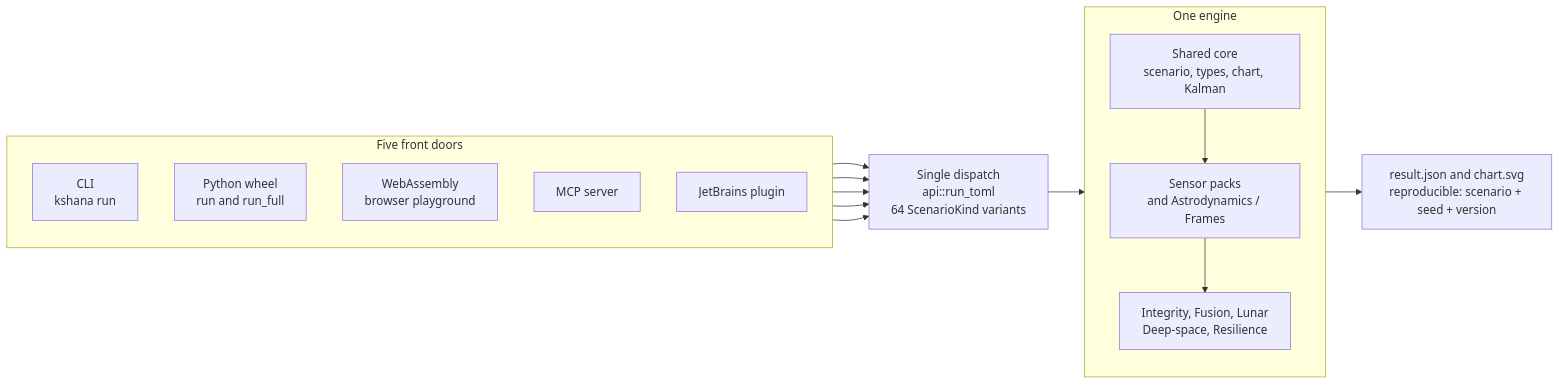
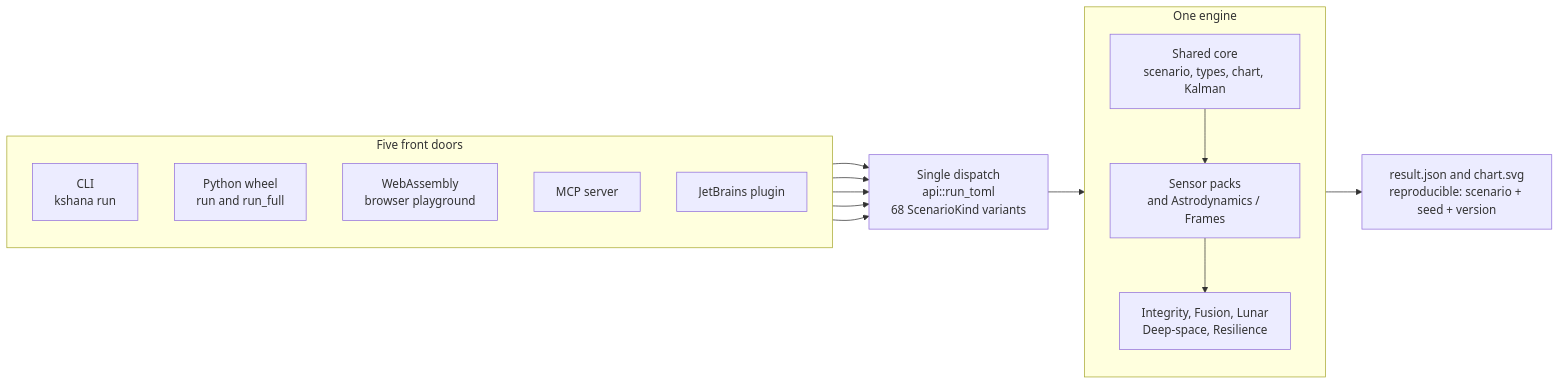
One commit to ashfordeOU/kshana changed the diagram in docs/diagrams/system-overview.mmd. Above: the diagram before and after it, drawn with Mermaid. The commit also changed 33 other files, not shown here.

```diff
--- a/docs/diagrams/system-overview.mmd
+++ b/docs/diagrams/system-overview.mmd
@@ -1,31 +1,31 @@
 flowchart LR
     subgraph DOORS[Five front doors]
         direction TB
         CLI[CLI<br/>kshana run]
         PY[Python wheel<br/>run and run_full]
         WASM[WebAssembly<br/>browser playground]
         MCP[MCP server]
         IDE[JetBrains plugin]
     end
 
-    DISPATCH[Single dispatch<br/>api::run_toml<br/>64 ScenarioKind variants]
+    DISPATCH[Single dispatch<br/>api::run_toml<br/>68 ScenarioKind variants]
 
     subgraph ENGINE[One engine]
         direction TB
         CORE[Shared core<br/>scenario, types, chart, Kalman]
         PACKS[Sensor packs<br/>and Astrodynamics / Frames]
         DOMAIN[Integrity, Fusion, Lunar<br/>Deep-space, Resilience]
         CORE --> PACKS
         PACKS --> DOMAIN
     end
 
     OUT[result.json and chart.svg<br/>reproducible: scenario + seed + version]
 
     CLI --> DISPATCH
     PY --> DISPATCH
     WASM --> DISPATCH
     MCP --> DISPATCH
     IDE --> DISPATCH
 
     DISPATCH --> ENGINE
     ENGINE --> OUT
```
